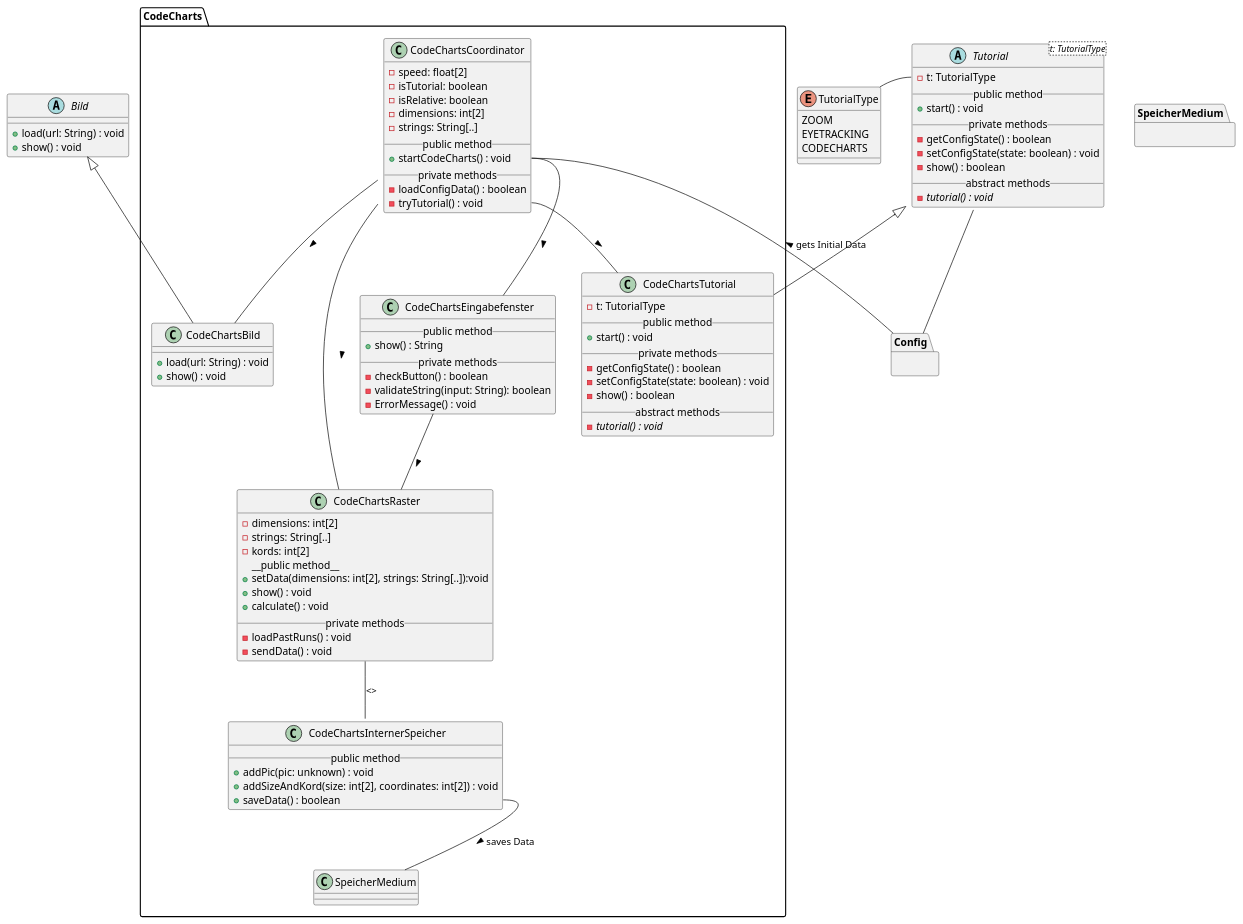
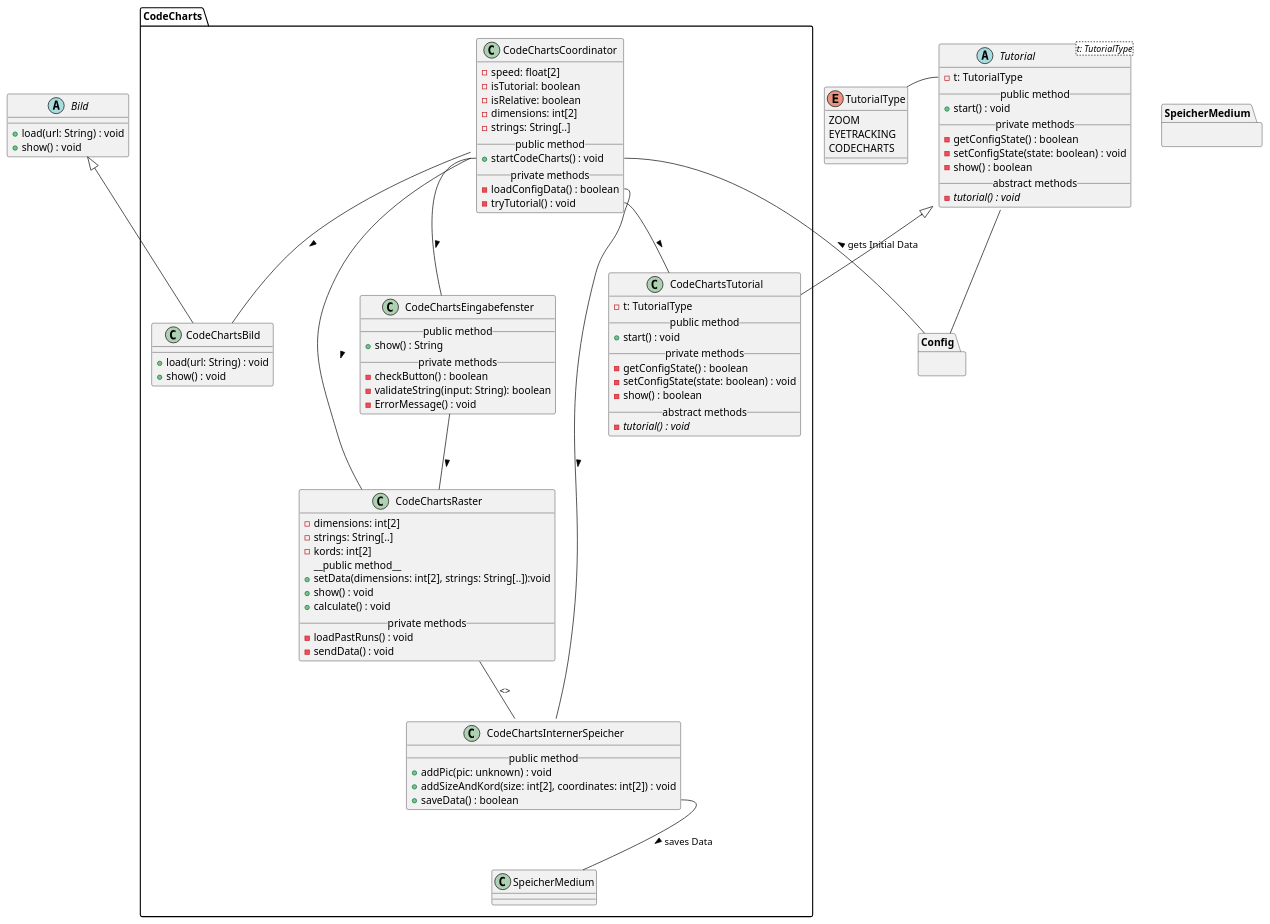
The diagram in meilenstein_03/uml-code_charts/uml-code_charts.puml (weichware10/meilensteine), drawn with PlantUML before and after one commit.

Commit message:
Oooha, schon wieder neue Kanten

```diff
--- a/meilenstein_03/uml-code_charts/uml-code_charts.puml
+++ b/meilenstein_03/uml-code_charts/uml-code_charts.puml
@@ -1,136 +1,137 @@
 @startuml code_charts
 ' skinparam backgroundColor transparent
 '() System #DA70D5
 top to bottom direction
 
 ' --- TUTORIAL ---
 abstract Tutorial<t: TutorialType> {
   - t: TutorialType
   __public method__
   + start() : void
   __private methods__
   - getConfigState() : boolean
   - setConfigState(state: boolean) : void
   - show() : boolean
   __abstract methods__
   - {abstract} tutorial() : void
 }
 
 enum TutorialType {
   ZOOM
   EYETRACKING
   CODECHARTS
 }
 
 ' Interaktionen
 Tutorial::t -l- TutorialType
 Tutorial -d- Config
 
 
 ' --- BILD ---
 
 abstract Bild {
   + load(url: String) : void
   + show() : void
 }
 
 ' === CODE CHARTS ===
 package CodeCharts {
 
     ' CodeCharts Tutorial 
     class CodeChartsTutorial {
       - t: TutorialType
       __public method__
       + start() : void
       __private methods__
       - getConfigState() : boolean
       - setConfigState(state: boolean) : void
       - show() : boolean
       __abstract methods__
       - {abstract} tutorial() : void
     }
   
     ' CodeCharts Coordinator
     class CodeChartsCoordinator {
         - speed: float[2]
         - isTutorial: boolean
         - isRelative: boolean
         - dimensions: int[2]
         - strings: String[..]
         __public method__
         + startCodeCharts() : void
         __private methods__
         - loadConfigData() : boolean
         - tryTutorial() : void
     }
 
     ' CodeCharts Interner Speicher
     class CodeChartsInternerSpeicher {
         __public method__
         + addPic(pic: unknown) : void
         + addSizeAndKord(size: int[2], coordinates: int[2]) : void
         + saveData() : boolean
     }
 
     ' CodeCharts Bild
     class CodeChartsBild {
         ' Unsicher ob es sinnvoll ist das Bild vorzuladen
         + load(url: String) : void
         + show() : void
     }
 
     ' CodeCharts Raster
     class CodeChartsRaster {
         ' Unsicher ob es sinnvoll ist alle vorherigen Durchläufe auf einmal zu laden
         - dimensions: int[2]
         - strings: String[..]
         - kords: int[2]
         __public method__ 
         + setData(dimensions: int[2], strings: String[..]):void
         + show() : void
         + calculate() : void
         __private methods__
         - loadPastRuns() : void
         - sendData() : void
     }
 
     ' CodeCharts Eingabefenster
     class CodeChartsEingabefenster {
         __public method__
         + show() : String
         __private methods__
         - checkButton() : boolean
         - validateString(input: String): boolean
         - ErrorMessage() : void
     }
 
 
     ' Vererbungen
     Bild <|-d- CodeChartsBild
     Tutorial <|-d- CodeChartsTutorial
 
     ' Interaktionen
     ' Bild & Raster mehrere Anbindungen (startCodeCharts, loadConfigData)
     CodeChartsCoordinator -- CodeChartsBild : >
     CodeChartsCoordinator -- CodeChartsRaster : >
     CodeChartsCoordinator::startCodeCharts -- CodeChartsEingabefenster : >
+    CodeChartsCoordinator::loadConfigData -- CodeChartsInternerSpeicher : >
     CodeChartsCoordinator::tryTutorial -- CodeChartsTutorial : >
     ' load & send Kante?
     CodeChartsRaster -- CodeChartsInternerSpeicher : <>
     CodeChartsEingabefenster -- CodeChartsRaster : >
 
 
 
     ' Andere Module
     CodeChartsInternerSpeicher::saveData -- SpeicherMedium : > saves Data
     ' von startCodeCharts oder von loadConfigData
     CodeChartsCoordinator::startCodeCharts -- Config : < gets Initial Data
   
 }
 
 ' Blackboxen / Andere Module
 package Config {}
 
 package SpeicherMedium {}
 
 @enduml
```
